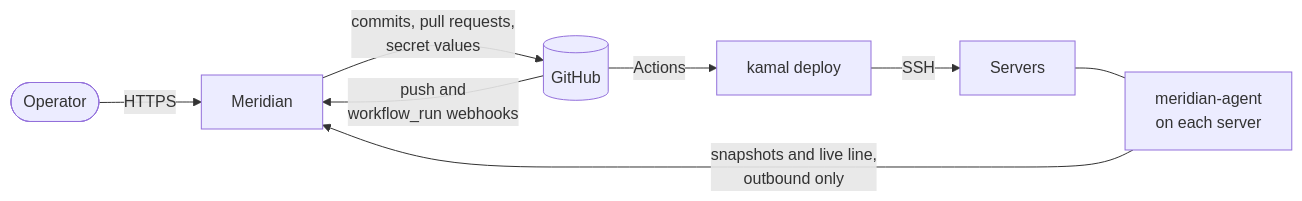
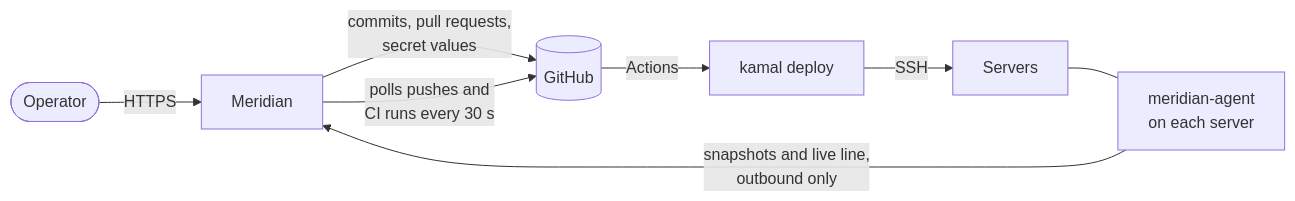
Before and after one commit to bigint/meridian: the first of 2 diagrams in docs/concepts/how-it-works.mdx, drawn with Mermaid. The commit also changed other lines of this file and 40 other files, not shown here.

First line of the commit message:
feat!: drop GitHub webhooks; poll GitHub every 30 seconds

````diff
--- a/docs/concepts/how-it-works.mdx
+++ b/docs/concepts/how-it-works.mdx
@@ -16,10 +16,10 @@
 ```mermaid
 flowchart LR
   op([Operator]) -- HTTPS --> m[Meridian]
   m -- "commits, pull requests,<br/>secret values" --> gh[(GitHub)]
-  gh -- "push and<br/>workflow_run webhooks" --> m
+  m -- "polls pushes and<br/>CI runs every 30 s" --> gh
   gh -- Actions --> k["kamal deploy"]
   k -- SSH --> s[Servers]
   a["meridian-agent<br/>on each server"] -- "snapshots and live line,<br/>outbound only" --> m
   s --- a
 ```
````
